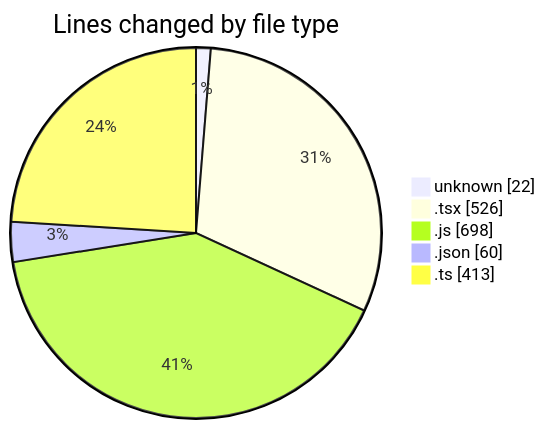
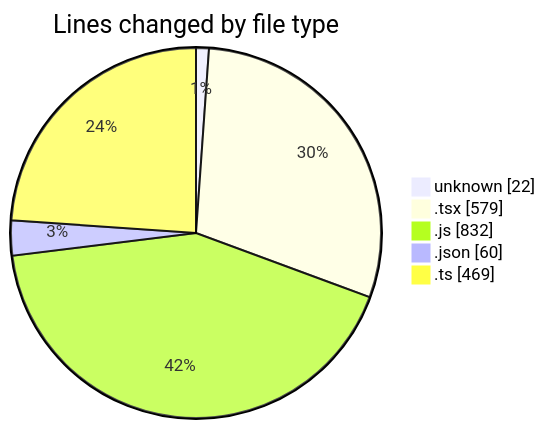
The first of 2 diagrams in 2025-08-07/napxuvn/README.md (lephambinh05/code-tracking), drawn with Mermaid before and after one commit. The commit also changed other lines of this file and 1 other file, not shown here.

````diff
--- a/2025-08-07/napxuvn/README.md
+++ b/2025-08-07/napxuvn/README.md
@@ -40,9 +42,9 @@
 ```mermaid
 pie showData
 title Lines changed by file type
 "unknown" : 22
-".tsx" : 526
-".js" : 698
+".tsx" : 579
+".js" : 832
 ".json" : 60
-".ts" : 413
+".ts" : 469
 ```
````
